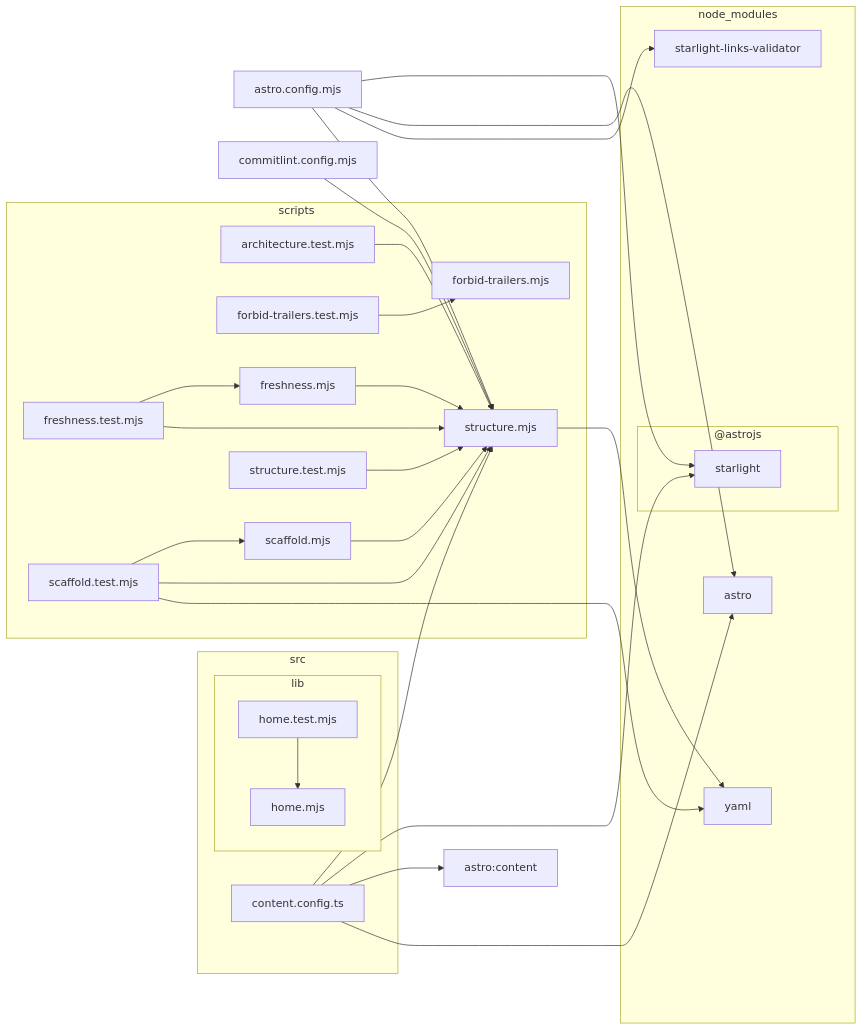
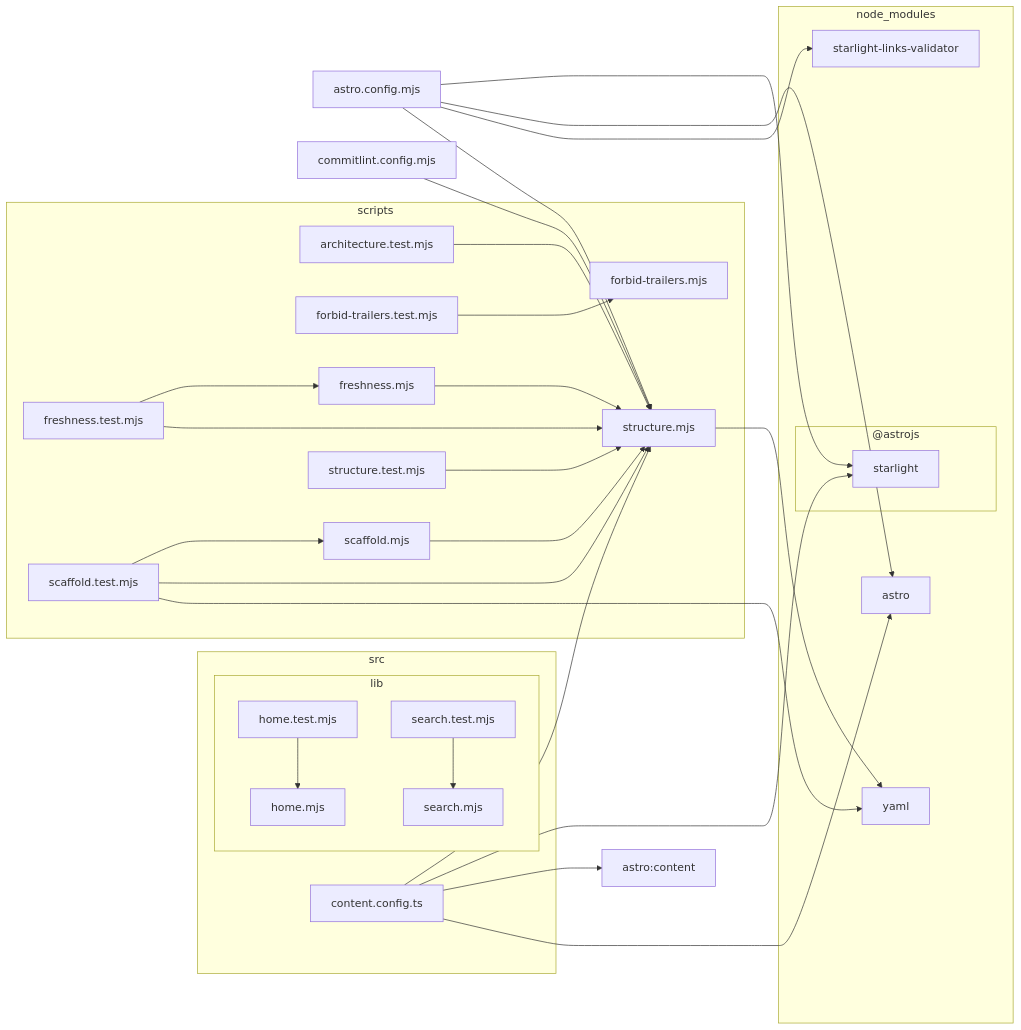
One commit to FilipTw/claude-craft changed the diagram in docs/architecture.mmd. Above: the diagram before and after it, drawn with Mermaid.

Commit message:
docs(arch): regenerate the graph for the search suggestions module

```diff
--- a/docs/architecture.mmd
+++ b/docs/architecture.mmd
@@ -1,52 +1,55 @@
 flowchart LR
 
 0["astro.config.mjs"]
 1["astro:content"]
 2["commitlint.config.mjs"]
 subgraph 3["node_modules"]
 subgraph 4["@astrojs"]
 5["starlight"]
 end
 6["astro"]
 7["starlight-links-validator"]
 8["yaml"]
 end
 subgraph 9["scripts"]
 A["architecture.test.mjs"]
 B["forbid-trailers.mjs"]
 C["forbid-trailers.test.mjs"]
 D["freshness.mjs"]
 E["freshness.test.mjs"]
 F["scaffold.mjs"]
 G["scaffold.test.mjs"]
 H["structure.mjs"]
 I["structure.test.mjs"]
 end
 subgraph J["src"]
 K["content.config.ts"]
 subgraph L["lib"]
 M["home.mjs"]
 N["home.test.mjs"]
+O["search.mjs"]
+P["search.test.mjs"]
 end
 end
 0-->H
 0-->5
 0-->6
 0-->7
 2-->H
 A-->H
 C-->B
 D-->H
 E-->D
 E-->H
 F-->H
 G-->F
 G-->H
 G-->8
 H-->8
 I-->H
 K-->H
 K-->5
 K-->1
 K-->6
 N-->M
+P-->O
```
